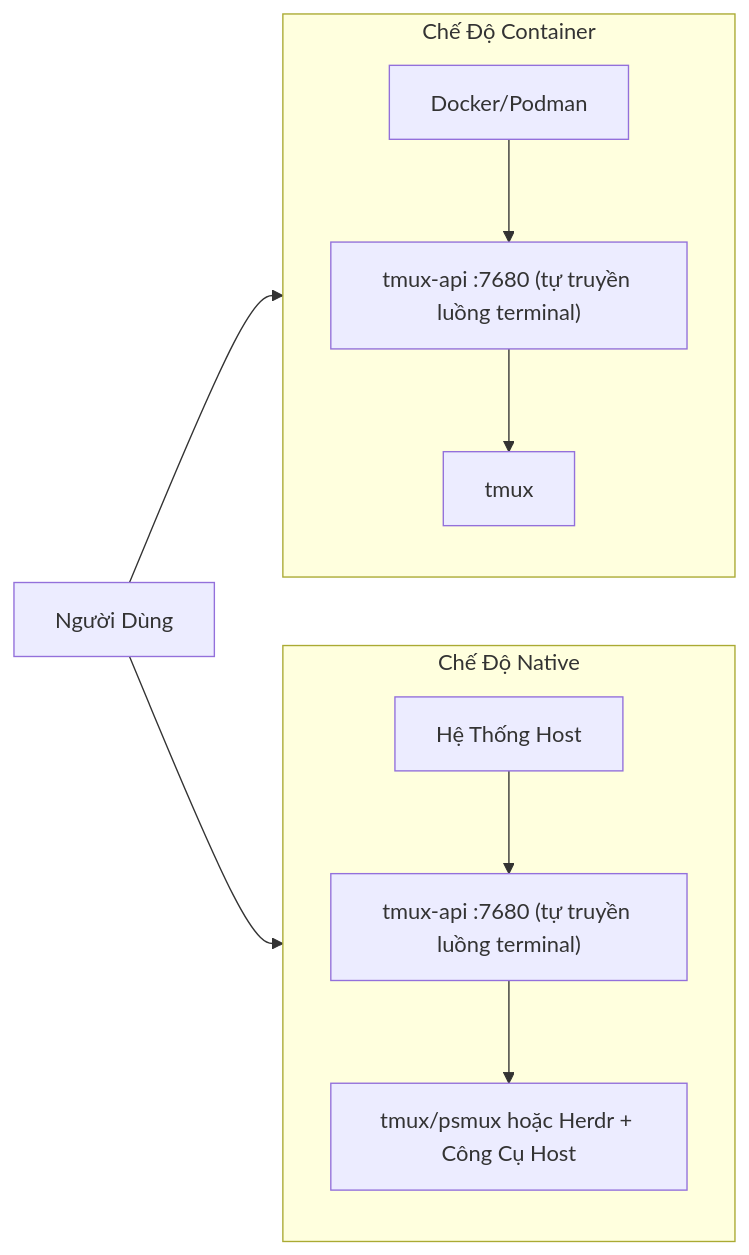
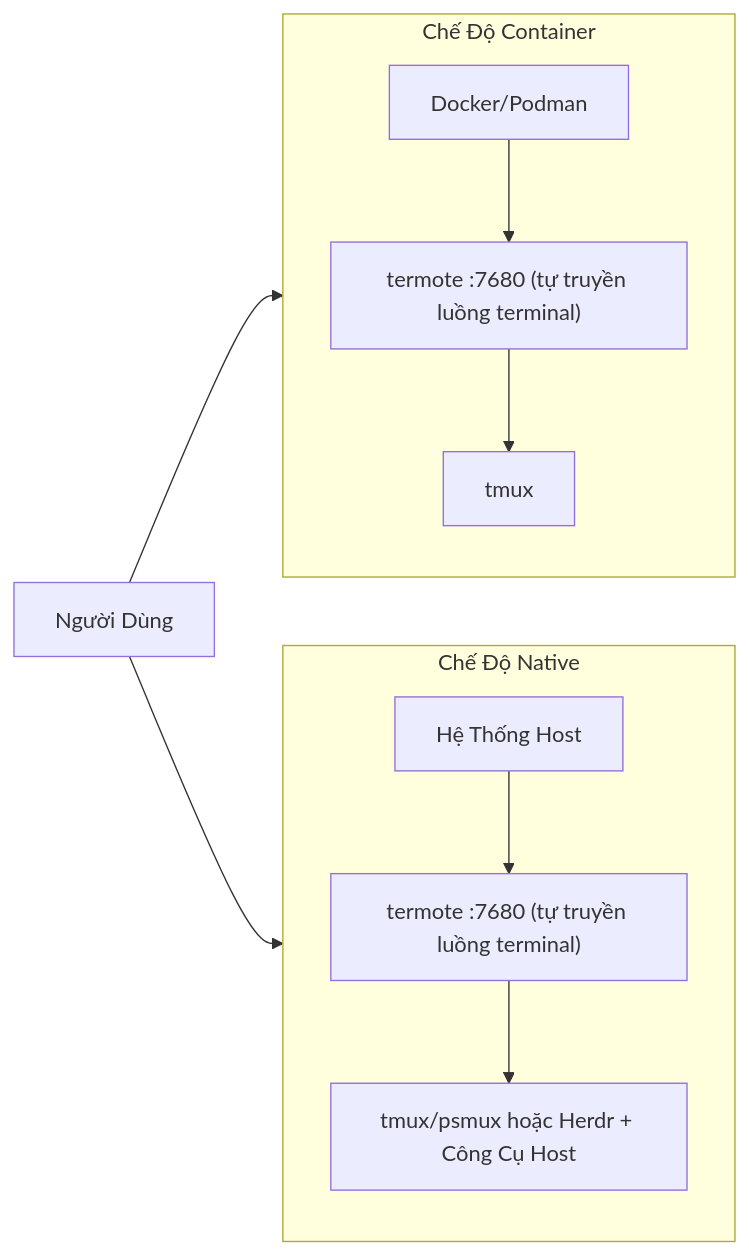
One commit to lamngockhuong/termote changed the second of 2 diagrams in README.vi.md. Above: the diagram before and after it, drawn with Mermaid. The commit also changed other lines of this file and 107 other files, not shown here.

First line of the commit message:
refactor!: rename tmux-api to server and its binary to termote (#215)

````diff
--- a/README.vi.md
+++ b/README.vi.md
@@ -227,14 +227,14 @@
 ```mermaid
 flowchart LR
     subgraph Container["Chế Độ Container"]
         direction TB
-        C1["Docker/Podman"] --> C2["tmux-api :7680 (tự truyền luồng terminal)"] --> C3["tmux"]
+        C1["Docker/Podman"] --> C2["termote :7680 (tự truyền luồng terminal)"] --> C3["tmux"]
     end
 
     subgraph Native["Chế Độ Native"]
         direction TB
-        N1["Hệ Thống Host"] --> N2["tmux-api :7680 (tự truyền luồng terminal)"] --> N3["tmux/psmux hoặc Herdr + Công Cụ Host"]
+        N1["Hệ Thống Host"] --> N2["termote :7680 (tự truyền luồng terminal)"] --> N3["tmux/psmux hoặc Herdr + Công Cụ Host"]
     end
 
     User["Người Dùng"] --> Container & Native
 ```
````
